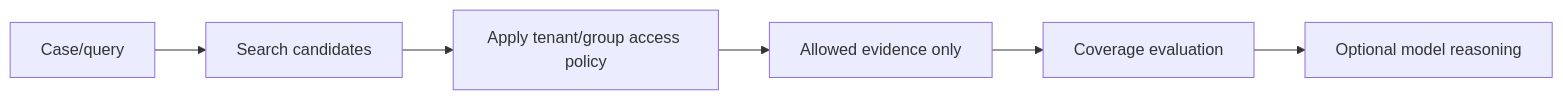
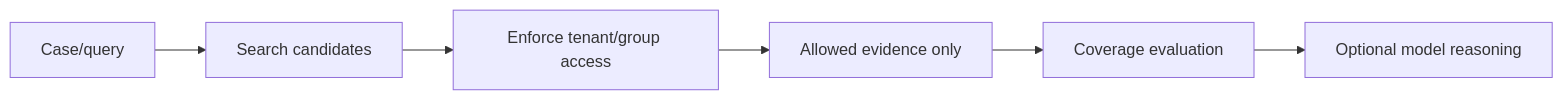
Before and after one commit to kumarchandansingh/tropos: the fifth of 8 diagrams in docs/architecture/RAG_ARCHITECTURE.md, drawn with Mermaid. The commit also changed other lines of this file and 23 other files, not shown here.

````diff
--- a/docs/architecture/RAG_ARCHITECTURE.md
+++ b/docs/architecture/RAG_ARCHITECTURE.md
@@ -110,9 +142,9 @@
 ```mermaid
 flowchart LR
     Query[Case/query]
     --> Candidate[Search candidates]
-    --> Policy[Apply tenant/group access policy]
+    --> Policy[Enforce tenant/group access]
     --> Evidence[Allowed evidence only]
     --> Coverage[Coverage evaluation]
     --> Model[Optional model reasoning]
 ```
````
